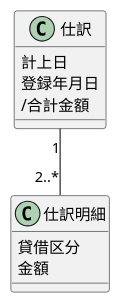
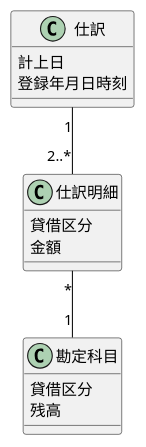
The diagram in ch06/excercise/6-2.puml (yinm/uml-modeling-lesson), drawn with PlantUML before and after one commit. The commit also changed 3 other files, not shown here.

```diff
--- a/ch06/excercise/6-2.puml
+++ b/ch06/excercise/6-2.puml
@@ -1,16 +1,21 @@
 @startuml
 
 class 仕訳 {
   計上日
-  登録年月日
-  /合計金額
+  登録年月日時刻
 }
 
 class 仕訳明細 {
   貸借区分
   金額
 }
 
+class 勘定科目 {
+  貸借区分
+  残高
+}
+
 仕訳 "1"--"2..*" 仕訳明細
+仕訳明細 "*"--"1" 勘定科目
 
 @enduml
```
